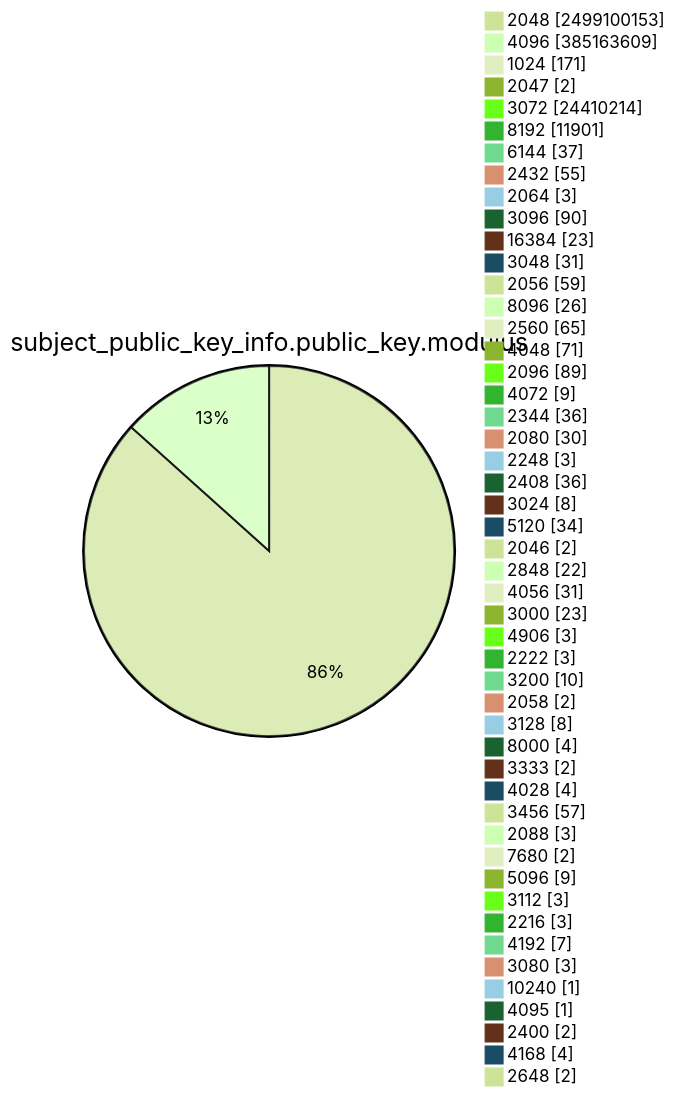
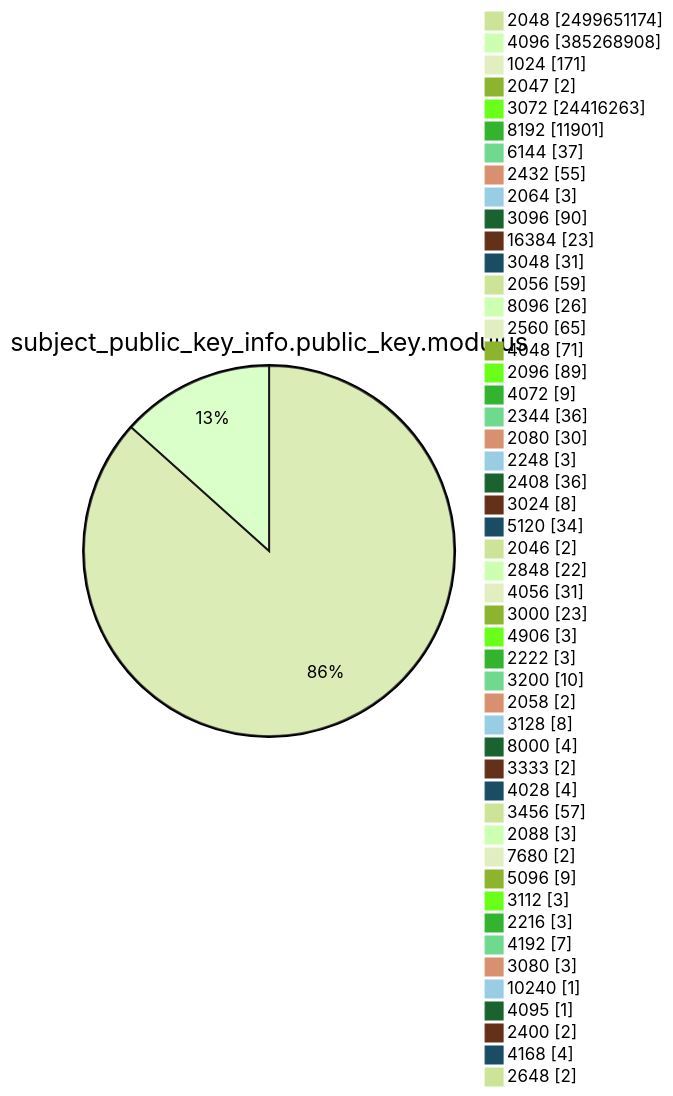
One commit to christiankrug/ctmonitor_visualization changed diagram 13 of 15 in TOTAL/README.md. Above: the diagram before and after it, drawn with Mermaid (forest theme). The commit also changed other lines of this file, not shown here.

````diff
--- a/TOTAL/README.md
+++ b/TOTAL/README.md
@@ -4169,53 +4169,53 @@
 ```mermaid
 pie showData
 title subject_public_key_info.public_key.modulus
-"2048" :2499100153
-"4096" :385163609
+"2048" :2499651174
+"4096" :385268908
 "1024" :171
 "2047" :2
-"3072" :24410214
+"3072" :24416263
 "8192" :11901
 "6144" :37
 "2432" :55
 "2064" :3
 "3096" :90
 "16384" :23
 "3048" :31
 "2056" :59
 "8096" :26
 "2560" :65
 "4048" :71
 "2096" :89
 "4072" :9
 "2344" :36
 "2080" :30
 "2248" :3
 "2408" :36
 "3024" :8
 "5120" :34
 "2046" :2
 "2848" :22
 "4056" :31
 "3000" :23
 "4906" :3
 "2222" :3
 "3200" :10
 "2058" :2
 "3128" :8
 "8000" :4
 "3333" :2
 "4028" :4
 "3456" :57
 "2088" :3
 "7680" :2
 "5096" :9
 "3112" :3
 "2216" :3
 "4192" :7
 "3080" :3
 "10240" :1
 "4095" :1
 "2400" :2
 "4168" :4
 "2648" :2
 ```
````
